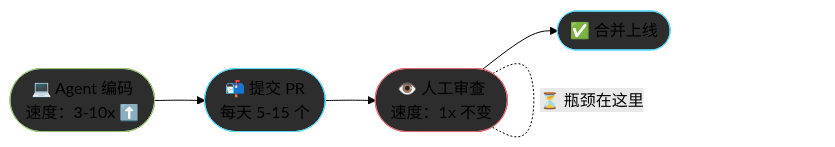
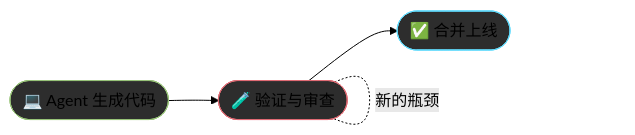
One commit to zht043/AgenticCodingTutorial changed the first of 3 diagrams in docs/chapters/ch12-code-review.md. Above: the diagram before and after it, drawn with Mermaid (forest theme). The commit also changed other lines of this file and 69 other files, not shown here.

Commit message:
optimize docs and add mermaid validation

````diff
--- a/docs/chapters/ch12-code-review.md
+++ b/docs/chapters/ch12-code-review.md
@@ -20,15 +20,13 @@
 ```mermaid
 flowchart LR
     classDef fast fill:#2d2d2d,stroke:#98c379
     classDef slow fill:#2d2d2d,stroke:#e06c75
     classDef neutral fill:#2d2d2d,stroke:#61dafb
 
-    Write(["💻 Agent 编码<br/>速度：3-10x ⬆️"]):::fast
-    PR(["📬 提交 PR<br/>每天 5-15 个"]):::neutral
-    Review(["👁️ 人工审查<br/>速度：1x 不变"]):::slow
+    Write(["💻 Agent 生成代码"]):::fast
+    Verify(["🧪 验证与审查"]):::slow
     Merge(["✅ 合并上线"]):::neutral
 
-    Write --> PR --> Review --> Merge
-
-    Review -.-|"⏳ 瓶颈在这里"| Review
+    Write --> Verify --> Merge
+    Verify -.-|"新的瓶颈"| Verify
 ```
````
